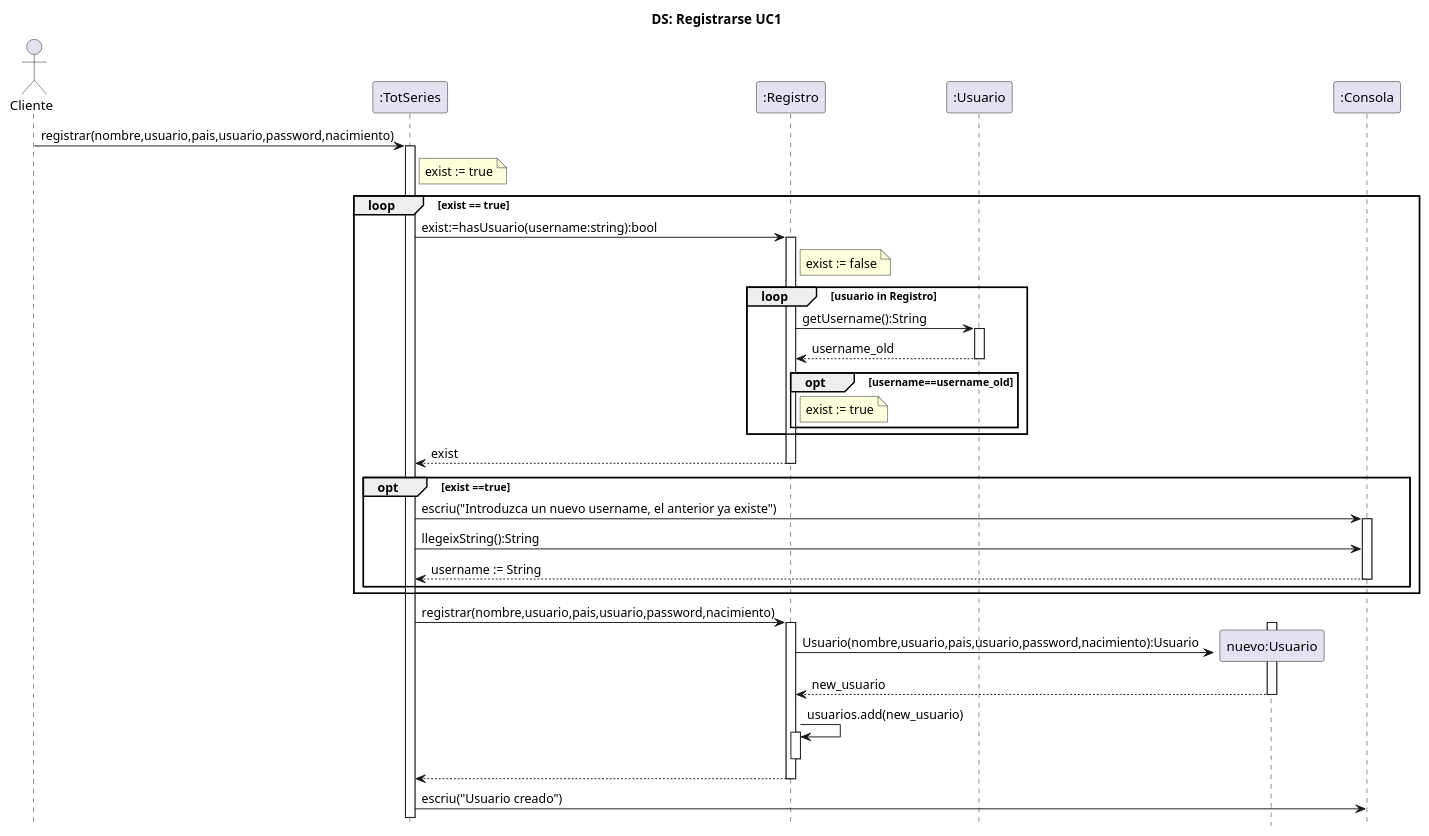
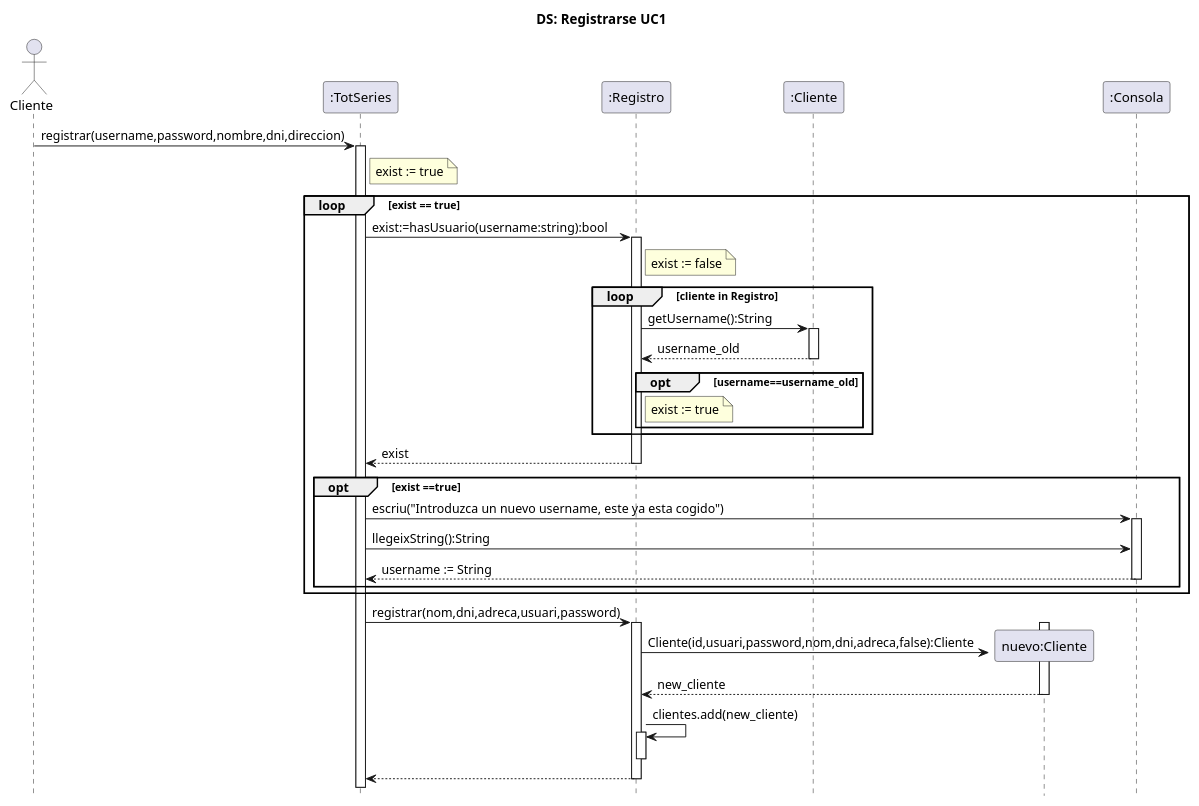
Before and after one commit to MrViciao/TotSeries: the diagram in src/totseries/Uml/Secuencia/Diagrama de Secuencia Uc1.puml, drawn with PlantUML.

Commit message:
Update Diagrama de Secuencia Uc1.puml

```diff
--- a/src/totseries/Uml/Secuencia/Diagrama de Secuencia Uc1.puml
+++ b/src/totseries/Uml/Secuencia/Diagrama de Secuencia Uc1.puml
@@ -1,63 +1,62 @@
 @startuml
 title	DS: Registrarse UC1
 hide	footbox
 
 actor Cliente
 participant ":TotSeries" as TotSeries
 participant ":Registro" as Registro
-participant ":Usuario" as Usuario
+participant ":Cliente" as Usuario
 
-participant "nuevo:Usuario" as nUsuario
+participant "nuevo:Cliente" as nUsuario
 participant ":Consola" as Consola
 
-Cliente	-> TotSeries:registrar(nombre,usuario,pais,usuario,password,nacimiento)
+Cliente	-> TotSeries:registrar(username,password,nombre,dni,direccion)
 activate TotSeries
 
 note right TotSeries
         exist := true
     end note
 
 loop  exist == true
     TotSeries -> Registro:exist:=hasUsuario(username:string):bool
     activate Registro
     note right Registro
         exist := false
     end note
 
-    loop usuario in Registro
+    loop cliente in Registro
         Registro -> Usuario:getUsername():String
         activate Usuario
         Usuario  --> Registro:username_old
         deactivate Usuario
         opt username==username_old
             note right Registro
                 exist := true
             end note
         end opt
     end loop
 
     Registro-->TotSeries:exist
     deactivate Registro
     opt exist ==true
-        TotSeries -> Consola:escriu("Introduzca un nuevo username, el anterior ya existe")
+        TotSeries -> Consola:escriu("Introduzca un nuevo username, este ya esta cogido")
         activate Consola
         TotSeries -> Consola:llegeixString():String
         Consola --> TotSeries:username := String
         deactivate Consola
     end opt
 end loop
 
-TotSeries -> Registro:registrar(nombre,usuario,pais,usuario,password,nacimiento)
+TotSeries -> Registro:registrar(nom,dni,adreca,usuari,password)
 activate Registro
 create nUsuario
 activate nUsuario
-Registro -> nUsuario:Usuario(nombre,usuario,pais,usuario,password,nacimiento):Usuario
-nUsuario --> Registro: new_usuario
+Registro -> nUsuario:Cliente(id,usuari,password,nom,dni,adreca,false):Cliente
+nUsuario --> Registro: new_cliente
 deactivate nUsuario
-Registro -> Registro: usuarios.add(new_usuario)
+Registro -> Registro: clientes.add(new_cliente)
 activate Registro
 deactivate Registro
 Registro --> TotSeries
 deactivate Registro
-TotSeries->"Consola":escriu("Usuario creado")
 @enduml
```
